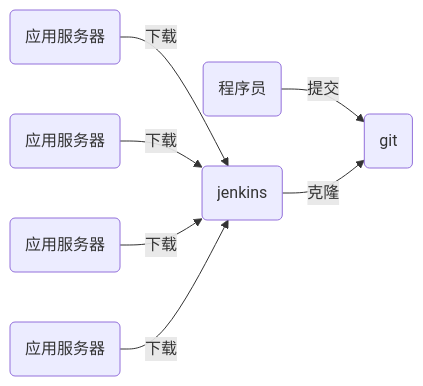
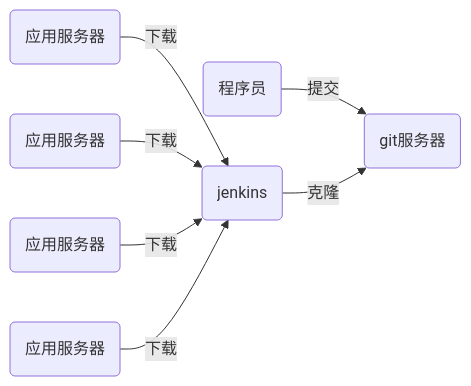
The second of 3 diagrams in nsd2004/devops/day04/nsd2004-devops-day04.md (tonggh220/md_5_nsd_notes), drawn with Mermaid before and after one commit. The commit also changed other lines of this file, not shown here.

````diff
--- a/nsd2004/devops/day04/nsd2004-devops-day04.md
+++ b/nsd2004/devops/day04/nsd2004-devops-day04.md
@@ -24,9 +24,9 @@
 ```mermaid
 graph LR
-dev(程序员)--提交-->scm(git)
+dev(程序员)--提交-->scm(git服务器)
 jenkins(jenkins)--克隆-->scm
 app1(应用服务器)--下载-->jenkins
 app2(应用服务器)--下载-->jenkins
 app3(应用服务器)--下载-->jenkins
 app4(应用服务器)--下载-->jenkins
 ```
````
